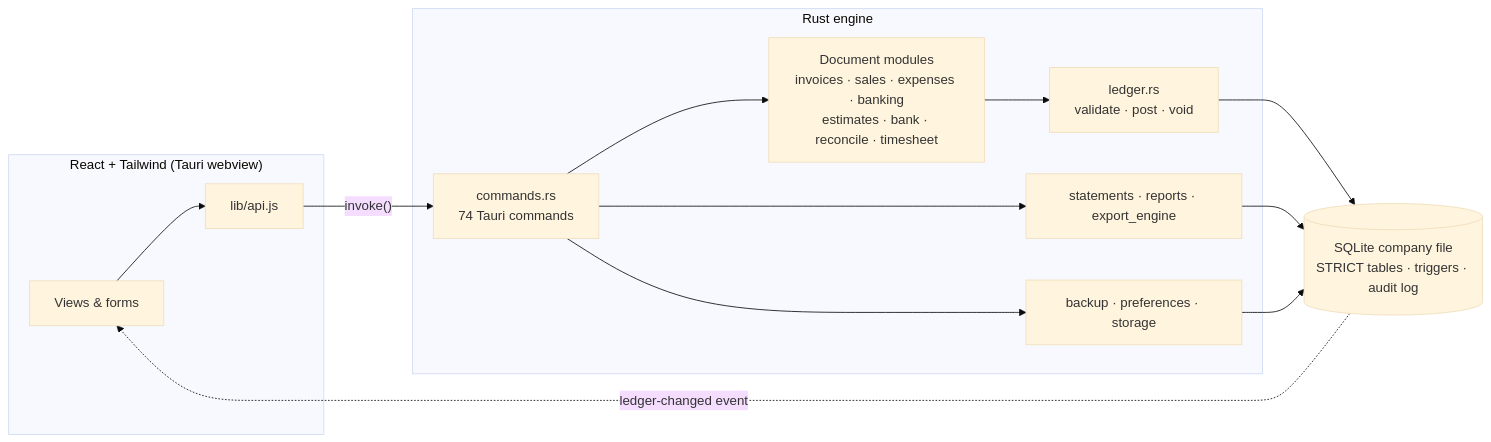
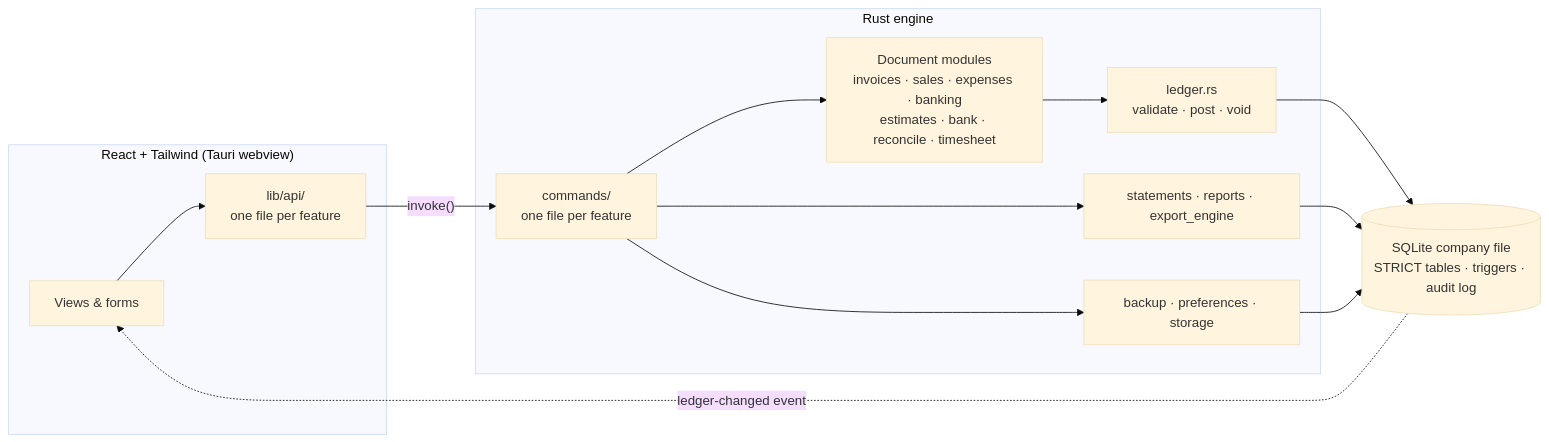
The diagram in README.md (turbogizzmo/LocalBooks), drawn with Mermaid (base theme) before and after one commit. The commit also changed other lines of this file and 151 other files, not shown here.

First line of the commit message:
Split the merge-conflict hotspots into one file per feature (#86)

````diff
--- a/README.md
+++ b/README.md
@@ -211,17 +211,17 @@
 ```mermaid
 flowchart LR
     subgraph UI["React + Tailwind (Tauri webview)"]
-        V[Views & forms] --> A[lib/api.js]
+        V[Views & forms] --> A[lib/api/<br/>one file per feature]
     end
-    A -- "invoke()" --> C[commands.rs<br/>74 Tauri commands]
+    A -- "invoke()" --> C[commands/<br/>one file per feature]
     subgraph Engine["Rust engine"]
         C --> D[Document modules<br/>invoices · sales · expenses · banking<br/>estimates · bank · reconcile · timesheet]
         D --> L[ledger.rs<br/>validate · post · void]
         C --> R[statements · reports · export_engine]
         C --> B[backup · preferences · storage]
     end
     L --> DB[(SQLite company file<br/>STRICT tables · triggers · audit log)]
     R --> DB
     B --> DB
     DB -. "ledger-changed event" .-> V
 ```
````
